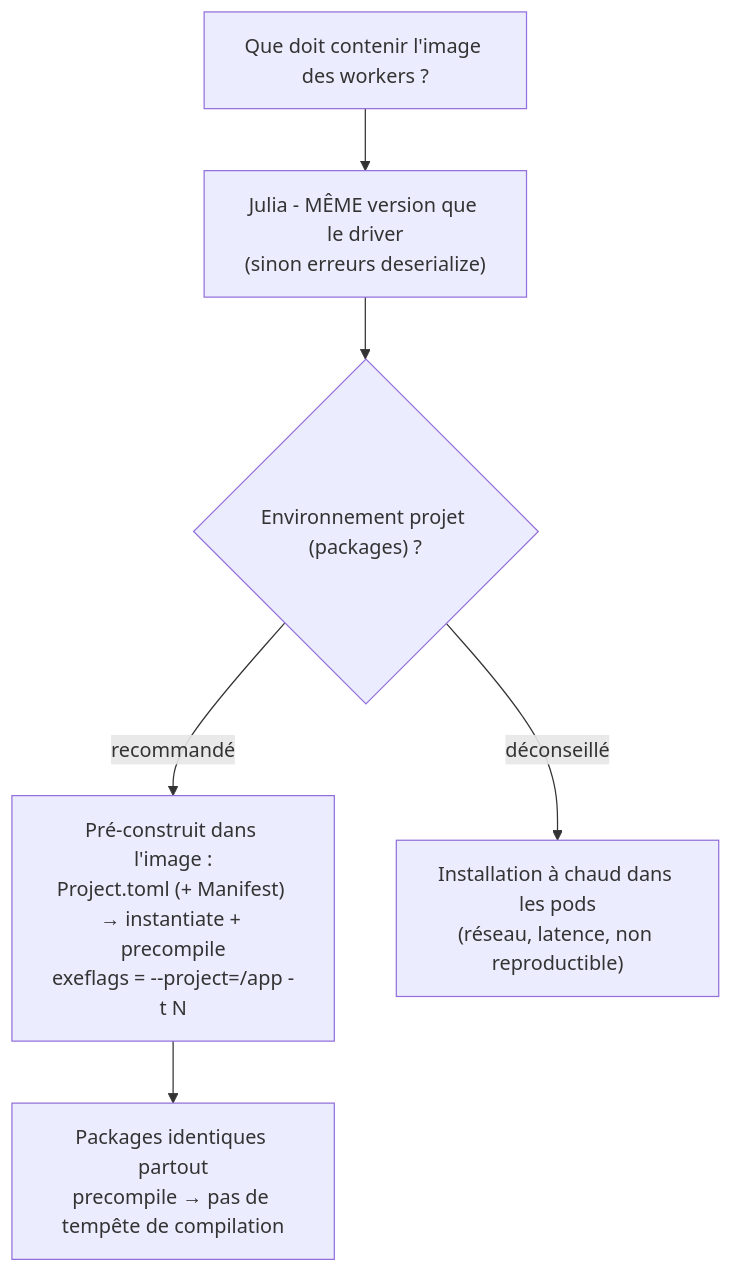
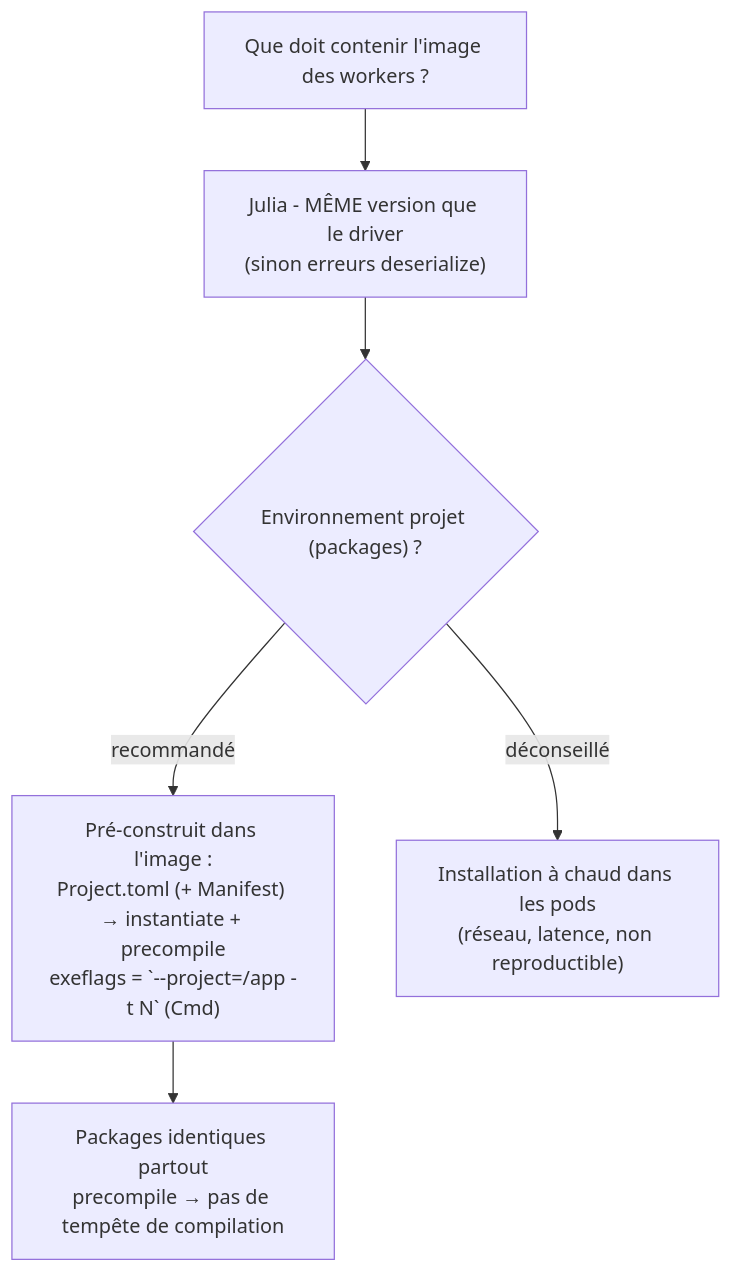
Before and after one commit to deep75/julia-k8s-dagger: the second of 5 diagrams in docs/05-integration.md, drawn with Mermaid. The commit also changed other lines of this file and 7 other files, not shown here.

````diff
--- a/docs/05-integration.md
+++ b/docs/05-integration.md
@@ -61,8 +61,8 @@
 ```mermaid
 flowchart TD
     Q["Que doit contenir l'image des workers ?"] --> A["Julia - MÊME version que le driver<br/>(sinon erreurs deserialize)"]
     A --> B{"Environnement projet (packages) ?"}
-    B -- "recommandé" --> C["Pré-construit dans l'image :<br/>Project.toml (+ Manifest) → instantiate + precompile<br/>exeflags = --project=/app -t N"]
+    B -- "recommandé" --> C["Pré-construit dans l'image :<br/>Project.toml (+ Manifest) → instantiate + precompile<br/>exeflags = `--project=/app -t N` (Cmd)"]
     B -- "déconseillé" --> D["Installation à chaud dans les pods<br/>(réseau, latence, non reproductible)"]
     C --> E["Packages identiques partout<br/>precompile → pas de tempête de compilation"]
 ```
````
